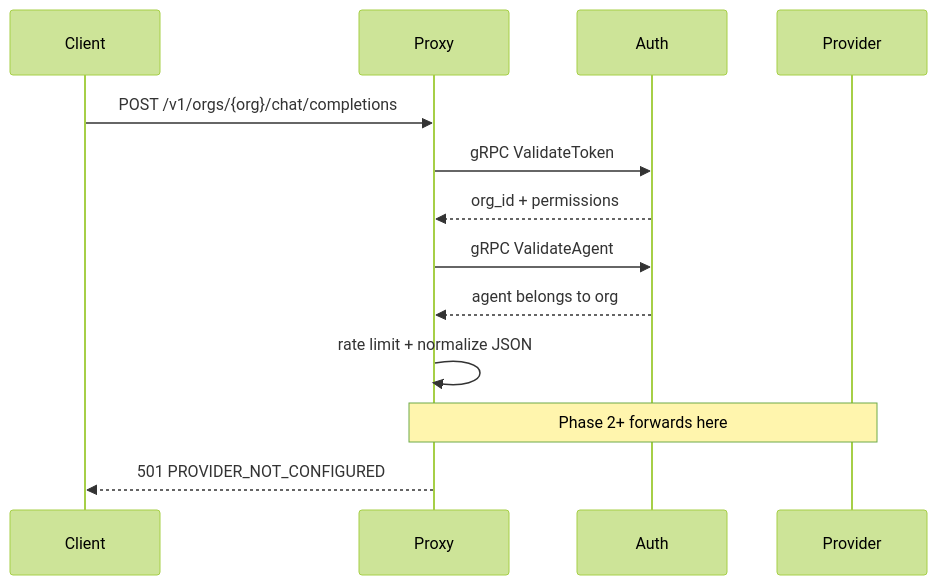
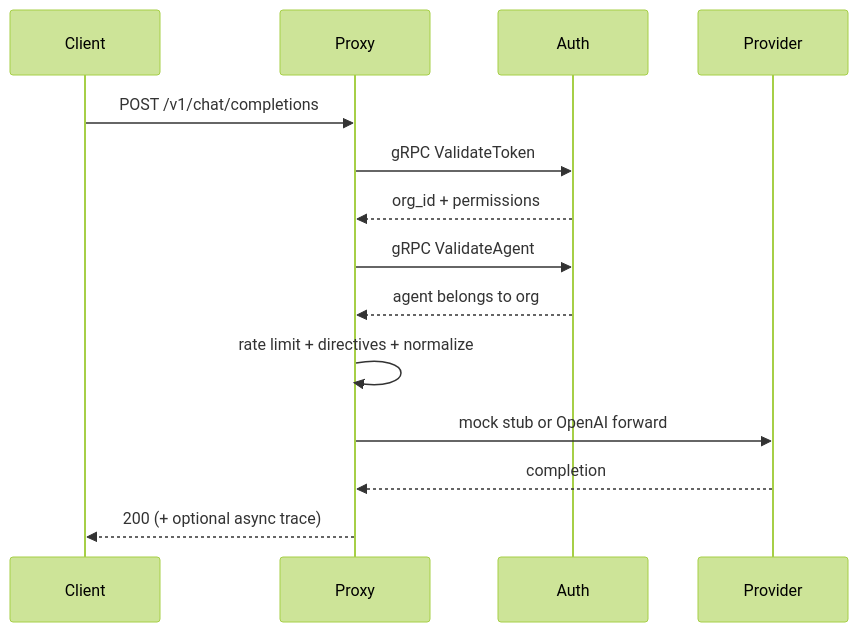
Before and after one commit to Rick1330/ibex-harness: the diagram in web/content/docs/getting-started/quickstart.mdx, drawn with Mermaid (forest theme). The commit also changed other lines of this file and 12 other files, not shown here.

````diff
--- a/web/content/docs/getting-started/quickstart.mdx
+++ b/web/content/docs/getting-started/quickstart.mdx
@@ -163,15 +168,16 @@
 ```mermaid
 sequenceDiagram
     participant Client
     participant Proxy
     participant Auth
     participant Provider
-    Client->>Proxy: POST /v1/orgs/{org}/chat/completions
+    Client->>Proxy: POST /v1/chat/completions
     Proxy->>Auth: gRPC ValidateToken
     Auth-->>Proxy: org_id + permissions
     Proxy->>Auth: gRPC ValidateAgent
     Auth-->>Proxy: agent belongs to org
-    Proxy->>Proxy: rate limit + normalize JSON
-    Note over Proxy,Provider: Phase 2+ forwards here
-    Proxy-->>Client: 501 PROVIDER_NOT_CONFIGURED
+    Proxy->>Proxy: rate limit + directives + normalize
+    Proxy->>Provider: mock stub or OpenAI forward
+    Provider-->>Proxy: completion
+    Proxy-->>Client: 200 (+ optional async trace)
 ```
````
